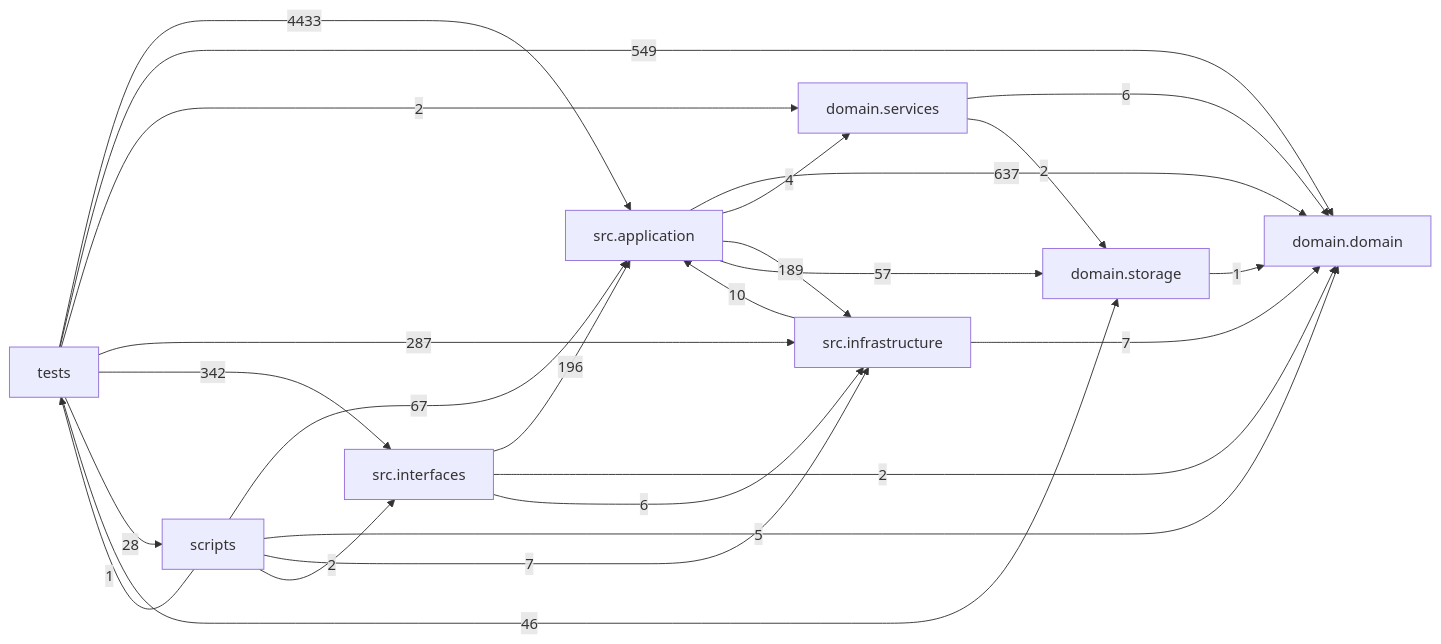
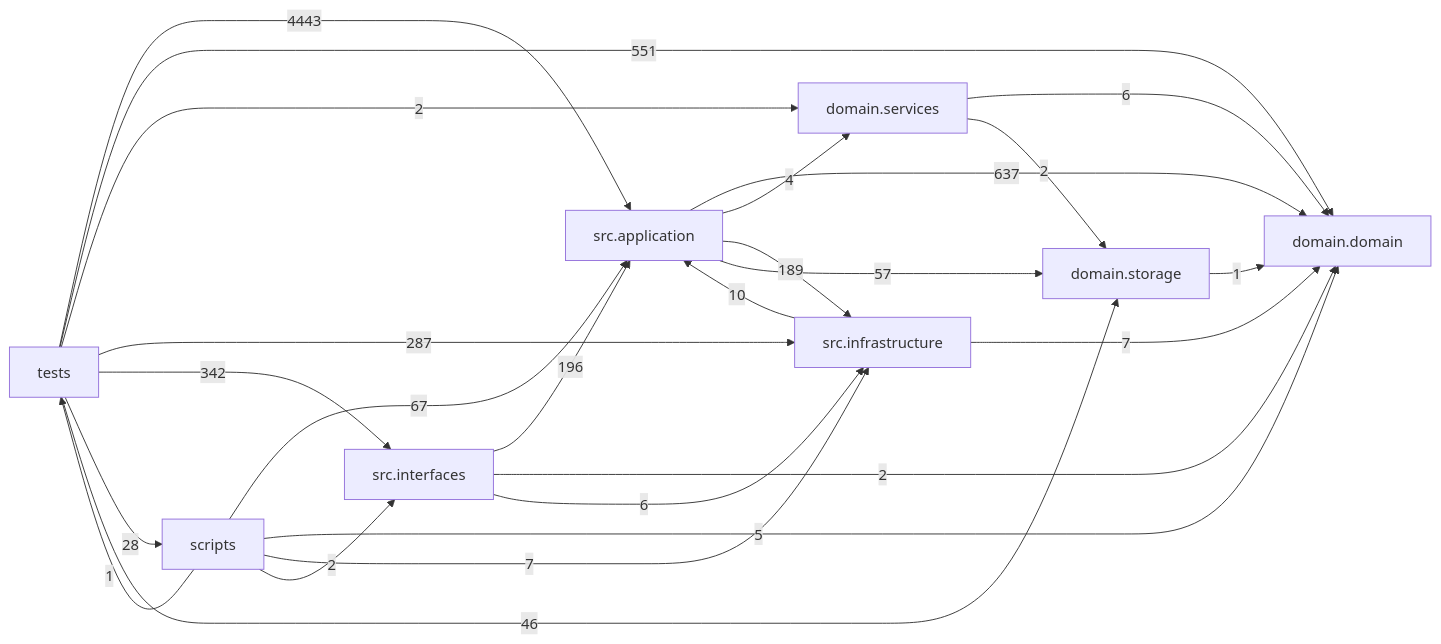
Before and after one commit to liuxie066/options-monitor: the diagram in docs/DEPENDENCY_GRAPH.md, drawn with Mermaid. The commit also changed other lines of this file and 13 other files, not shown here.

````diff
--- a/docs/DEPENDENCY_GRAPH.md
+++ b/docs/DEPENDENCY_GRAPH.md
@@ -24,35 +24,35 @@
 ```mermaid
 flowchart LR
   tests["tests"]
   scripts["scripts"]
   interfaces["src.interfaces"]
   application["src.application"]
   infrastructure["src.infrastructure"]
   domain_services["domain.services"]
   domain["domain.domain"]
   storage["domain.storage"]
   application -->|637| domain
   application -->|4| domain_services
   application -->|189| infrastructure
   application -->|57| storage
   domain_services -->|6| domain
   domain_services -->|2| storage
   infrastructure -->|10| application
   infrastructure -->|7| domain
   interfaces -->|196| application
   interfaces -->|2| domain
   interfaces -->|6| infrastructure
   scripts -->|67| application
   scripts -->|5| domain
   scripts -->|7| infrastructure
   scripts -->|2| interfaces
   scripts -->|1| tests
   storage -->|1| domain
-  tests -->|4433| application
-  tests -->|549| domain
+  tests -->|4443| application
+  tests -->|551| domain
   tests -->|2| domain_services
   tests -->|287| infrastructure
   tests -->|342| interfaces
   tests -->|28| scripts
   tests -->|46| storage
 ```
````
